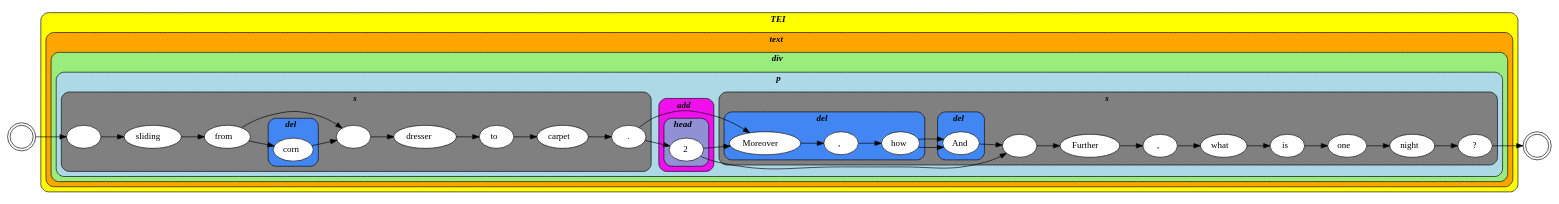
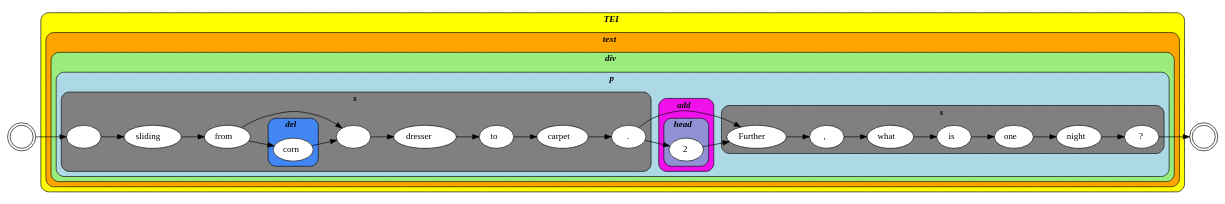
Before and after one commit to HuygensING/hyper-collate: the diagram in doc/nla-433/1-generated/generated-variation-in-structure-1.dot, drawn with Graphviz. The commit also changed 5 other files, not shown here.

```diff
--- a/doc/nla-433/1-generated/generated-variation-in-structure-1.dot
+++ b/doc/nla-433/1-generated/generated-variation-in-structure-1.dot
@@ -1,99 +1,79 @@
 digraph VariantWitnessGraph{
 graph [rankdir=LR]
 node [style="filled";fillcolor="white"]
 begin [label="";shape=doublecircle,rank=middle]
 subgraph cluster_0 {
 label=<<i><b>TEI</b></i>>
 graph[style="rounded,filled";fillcolor="yellow"]
 subgraph cluster_1 {
 label=<<i><b>text</b></i>>
 graph[style="rounded,filled";fillcolor="orange"]
 subgraph cluster_2 {
 label=<<i><b>div</b></i>>
 graph[style="rounded,filled";fillcolor="#9aed7d"]
 subgraph cluster_3 {
 label=<<i><b>p</b></i>>
 graph[style="rounded,filled";fillcolor="lightblue"]
 subgraph cluster_4 {
 label=<<i><b>s</b></i>>
 graph[style="rounded,filled";fillcolor="grey"]
 IHD_000 [label=<&nbsp;>]
 IHD_001 [label=<sliding&nbsp;>]
 IHD_002 [label=<from&nbsp;>]
 subgraph cluster_5 {
 label=<<i><b>del</b></i>>
 graph[style="rounded,filled";fillcolor="#4286f4"]
 IHD_003 [label=<corn>]
 }
 IHD_004 [label=<&nbsp;>]
 IHD_005 [label=<dresser&nbsp;>]
 IHD_006 [label=<to&nbsp;>]
 IHD_007 [label=<carpet>]
 IHD_008 [label=<.>]
 }
 subgraph cluster_6 {
 label=<<i><b>add</b></i>>
 graph[style="rounded,filled";fillcolor="#ef10eb"]
 subgraph cluster_7 {
 label=<<i><b>head</b></i>>
 graph[style="rounded,filled";fillcolor="#9091D4"]
 IHD_009 [label=<2>]
 }
 }
 subgraph cluster_8 {
 label=<<i><b>s</b></i>>
 graph[style="rounded,filled";fillcolor="grey"]
-subgraph cluster_9 {
-label=<<i><b>del</b></i>>
-graph[style="rounded,filled";fillcolor="#4286f4"]
-IHD_010 [label=<Moreover>]
+IHD_010 [label=<Further>]
 IHD_011 [label=<,&nbsp;>]
-IHD_012 [label=<how>]
-}
-subgraph cluster_10 {
-label=<<i><b>del</b></i>>
-graph[style="rounded,filled";fillcolor="#4286f4"]
-IHD_013 [label=<And>]
-}
-IHD_014 [label=<&nbsp;>]
-IHD_015 [label=<Further>]
-IHD_016 [label=<,&nbsp;>]
-IHD_017 [label=<what&nbsp;>]
-IHD_018 [label=<is&nbsp;>]
-IHD_019 [label=<one&nbsp;>]
-IHD_020 [label=<night>]
-IHD_021 [label=<?>]
+IHD_012 [label=<what&nbsp;>]
+IHD_013 [label=<is&nbsp;>]
+IHD_014 [label=<one&nbsp;>]
+IHD_015 [label=<night>]
+IHD_016 [label=<?>]
 }
 }
 }
 }
 }
 end [label="";shape=doublecircle,rank=middle]
 IHD_000->IHD_001
 IHD_001->IHD_002
 IHD_002->IHD_003
 IHD_002->IHD_004
 IHD_003->IHD_004
 IHD_004->IHD_005
 IHD_005->IHD_006
 IHD_006->IHD_007
 IHD_007->IHD_008
 IHD_008->IHD_009
 IHD_008->IHD_010
 IHD_009->IHD_010
-IHD_009->IHD_014
 IHD_010->IHD_011
 IHD_011->IHD_012
-IHD_012->IHD_013
 IHD_012->IHD_013
 IHD_013->IHD_014
 IHD_014->IHD_015
 IHD_015->IHD_016
-IHD_016->IHD_017
-IHD_017->IHD_018
-IHD_018->IHD_019
-IHD_019->IHD_020
-IHD_020->IHD_021
-IHD_021->end
+IHD_016->end
 begin->IHD_000
 }
```
